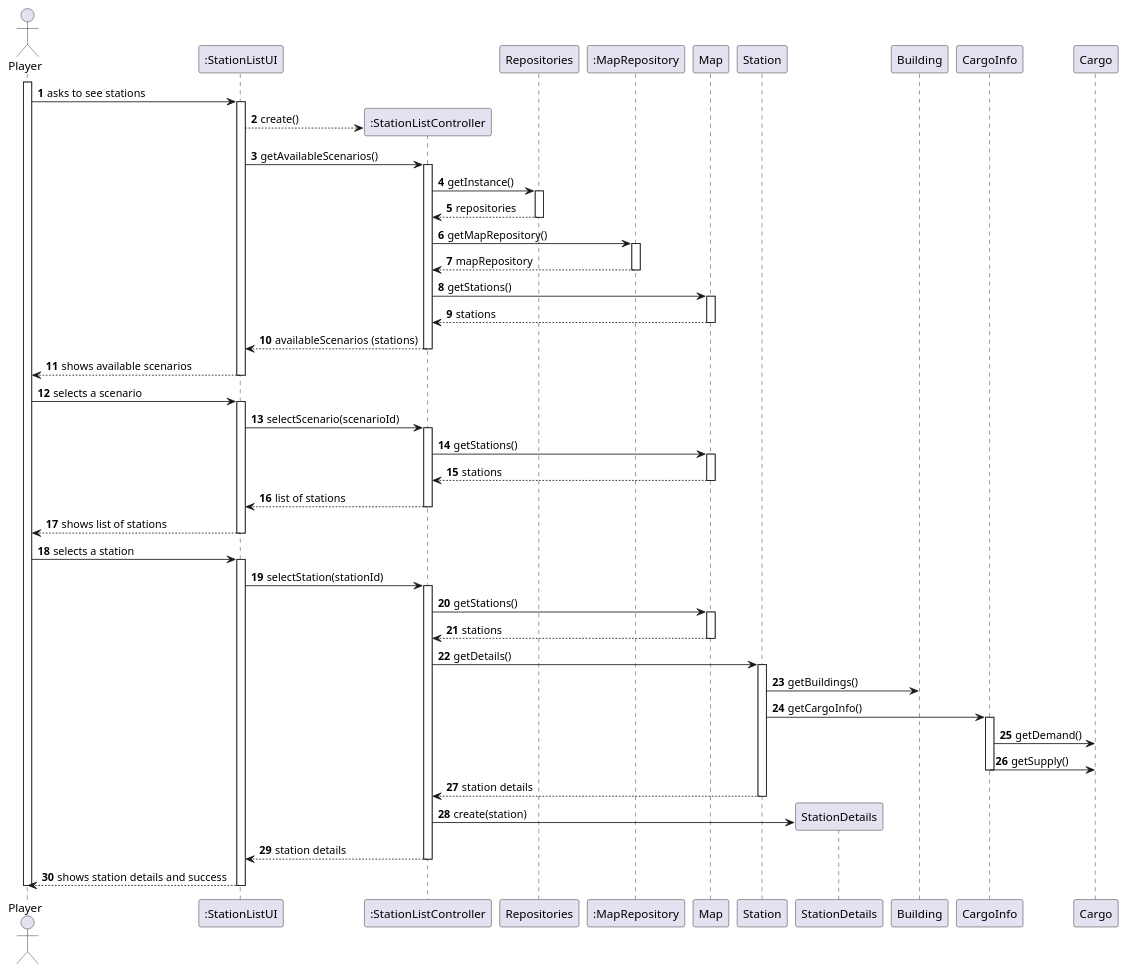
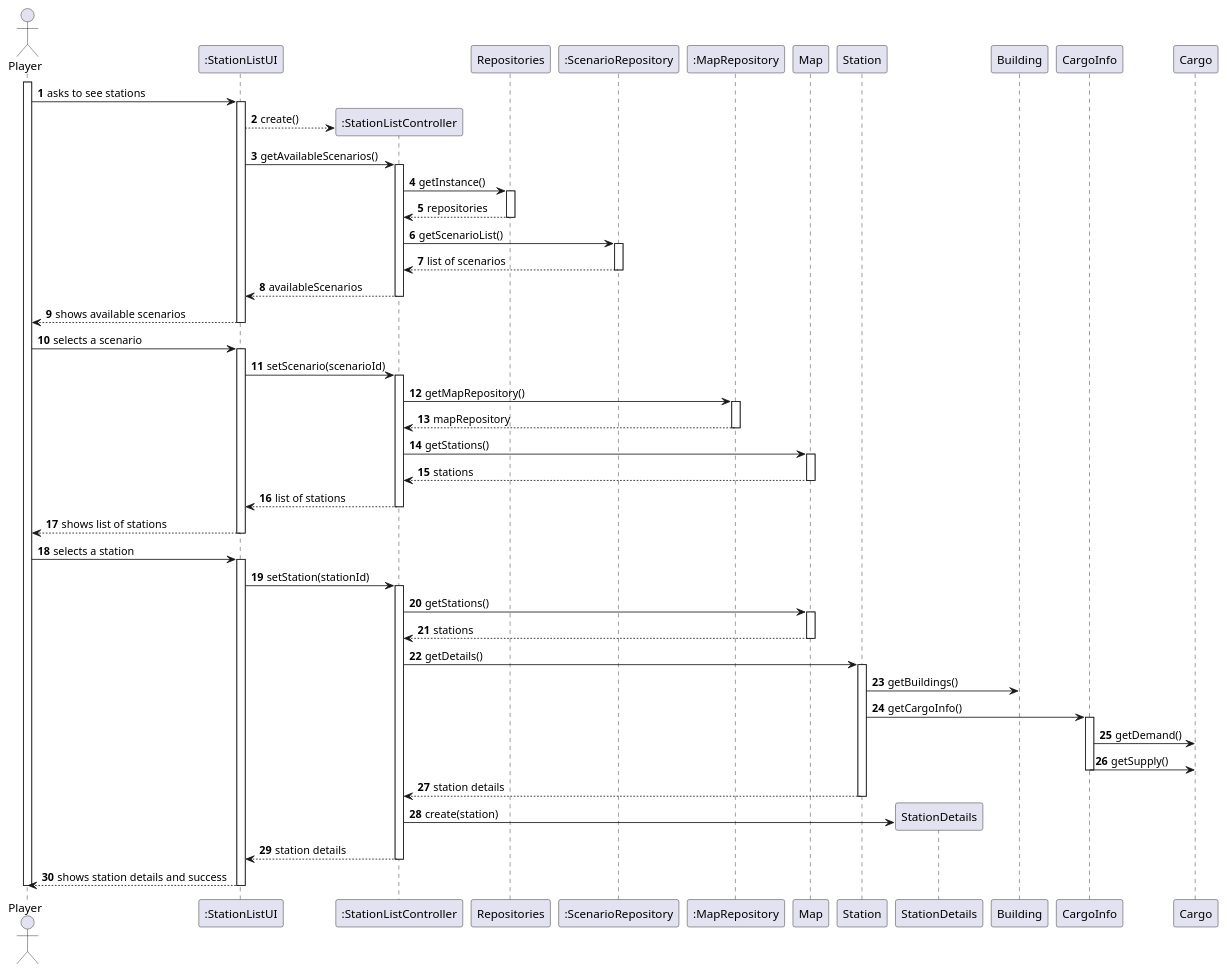
The diagram in Sprint2/US007/03.design/puml/US007-SD-full.puml (1240935/pi2-railway-simulator), drawn with PlantUML before and after one commit.

Commit message:
US007-SD-full.puml updated

```diff
--- a/Sprint2/US007/03.design/puml/US007-SD-full.puml
+++ b/Sprint2/US007/03.design/puml/US007-SD-full.puml
@@ -1,84 +1,85 @@
 @startuml
 'skinparam monochrome true
 skinparam packageStyle rectangle
 skinparam shadowing false
 
 autonumber
 
 actor "Player" as PLAYER
 participant ":StationListUI" as UI
 participant ":StationListController" as CTRL
 participant "Repositories" as REPOS
+participant ":ScenarioRepository" as SCEN_REPOS
 participant ":MapRepository" as MAP_REPOS
 participant "Map" as MAP
 participant "Station" as STATION
 participant "StationDetails" as DETAILS
 participant "Building" as BUILDING
 participant "CargoInfo" as CARGOINFO
 participant "Cargo" as CARGO
 
 activate PLAYER
 
     PLAYER -> UI : asks to see stations
     activate UI
         UI --> CTRL** : create()
         UI -> CTRL : getAvailableScenarios()
             activate CTRL
             CTRL -> REPOS : getInstance()
                 activate REPOS
                 REPOS --> CTRL : repositories
                 deactivate REPOS
-            CTRL -> MAP_REPOS : getMapRepository()
-                activate MAP_REPOS
-                MAP_REPOS --> CTRL : mapRepository
-                deactivate MAP_REPOS
-            CTRL -> MAP : getStations()
-                activate MAP
-                MAP --> CTRL : stations
-                deactivate MAP
-            CTRL --> UI : availableScenarios (stations)
+            CTRL -> SCEN_REPOS : getScenarioList()
+                activate SCEN_REPOS
+                SCEN_REPOS --> CTRL : list of scenarios
+                deactivate SCEN_REPOS
+            CTRL --> UI : availableScenarios
             deactivate CTRL
 
         UI --> PLAYER : shows available scenarios
     deactivate UI
 
     PLAYER -> UI : selects a scenario
     activate UI
-        UI -> CTRL : selectScenario(scenarioId)
+        UI -> CTRL : setScenario(scenarioId)
         activate CTRL
+        CTRL -> MAP_REPOS : getMapRepository()
+            activate MAP_REPOS
+            MAP_REPOS --> CTRL : mapRepository
+            deactivate MAP_REPOS
         CTRL -> MAP : getStations()
             activate MAP
             MAP --> CTRL : stations
             deactivate MAP
         CTRL --> UI : list of stations
         deactivate CTRL
         UI --> PLAYER : shows list of stations
     deactivate UI
 
     PLAYER -> UI : selects a station
     activate UI
-        UI -> CTRL : selectStation(stationId)
+        UI -> CTRL : setStation(stationId)
         activate CTRL
         CTRL -> MAP : getStations()
-        activate MAP
-        MAP --> CTRL : stations
-        deactivate MAP
+            activate MAP
+            MAP --> CTRL : stations
+            deactivate MAP
         CTRL -> STATION : getDetails()
         activate STATION
         STATION -> BUILDING : getBuildings()
         STATION -> CARGOINFO : getCargoInfo()
         activate CARGOINFO
         CARGOINFO -> CARGO : getDemand()
         CARGOINFO -> CARGO : getSupply()
         deactivate CARGOINFO
         STATION --> CTRL : station details
         deactivate STATION
         CTRL -> DETAILS** : create(station)
         CTRL --> UI : station details
         deactivate CTRL
 
         UI --> PLAYER : shows station details and success
     deactivate UI
 
 deactivate PLAYER
 @enduml
```
